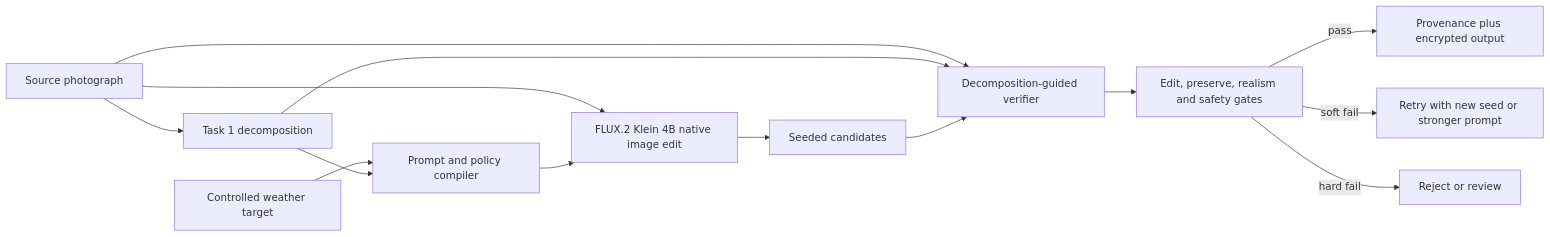
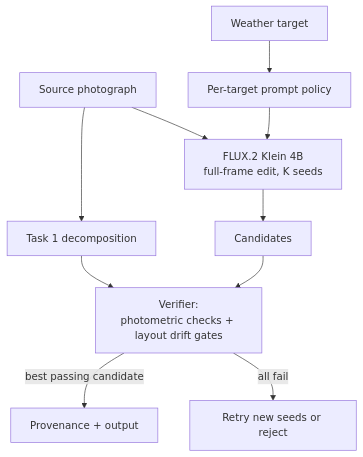
One commit to mustafametesengul/generative-editing changed the diagram in docs/TASK2_GENERATION.md. Above: the diagram before and after it, drawn with Mermaid. The commit also changed other lines of this file and 4 other files, not shown here.

````diff
--- a/docs/TASK2_GENERATION.md
+++ b/docs/TASK2_GENERATION.md
@@ -5,16 +5,12 @@
 ```mermaid
-flowchart LR
+flowchart TD
     A[Source photograph] --> B[Task 1 decomposition]
-    A --> C[FLUX.2 Klein 4B native image edit]
-    D[Controlled weather target] --> E[Prompt and policy compiler]
-    B --> E
+    A --> C[FLUX.2 Klein 4B<br>full-frame edit, K seeds]
+    D[Weather target] --> E[Per-target prompt policy]
     E --> C
-    C --> F[Seeded candidates]
-    A --> G[Decomposition-guided verifier]
-    B --> G
+    C --> F[Candidates]
+    B --> G[Verifier:<br>photometric checks + layout drift gates]
     F --> G
-    G --> H[Edit, preserve, realism and safety gates]
-    H -->|pass| I[Provenance plus encrypted output]
-    H -->|soft fail| J[Retry with new seed or stronger prompt]
-    H -->|hard fail| K[Reject or review]
+    G -->|best passing candidate| H[Provenance + output]
+    G -->|all fail| I[Retry new seeds or reject]
 ```
````
